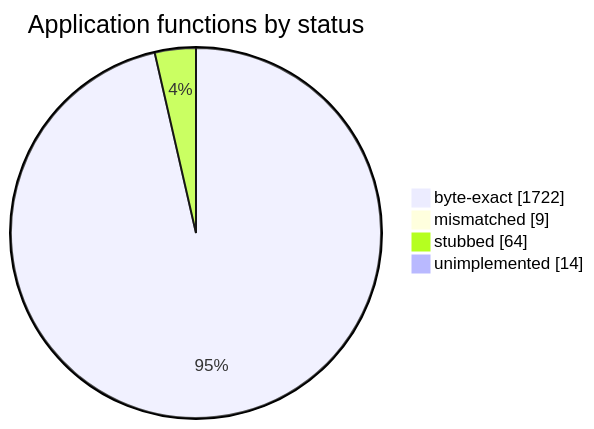
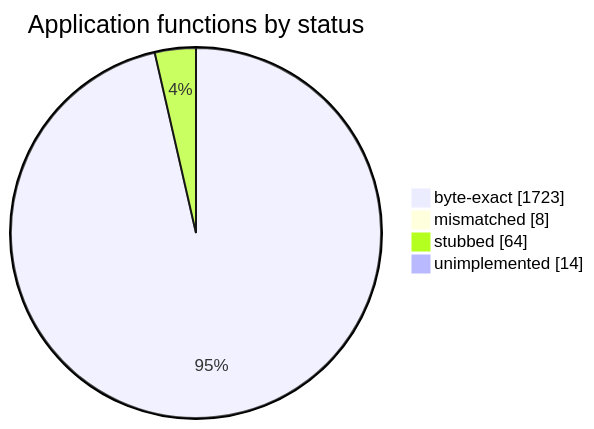
The diagram in README.md (sorokya/eos), drawn with Mermaid before and after one commit. The commit also changed other lines of this file and 2 other files, not shown here.

````diff
--- a/README.md
+++ b/README.md
@@ -154,8 +154,8 @@
 ```mermaid
 pie showData
     title Application functions by status
-    "byte-exact" : 1722
-    "mismatched" : 9
+    "byte-exact" : 1723
+    "mismatched" : 8
     "stubbed" : 64
     "unimplemented" : 14
 ```
````
